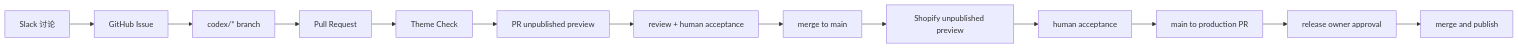
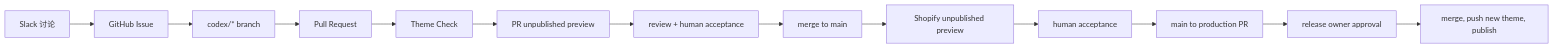
One commit to hitoami/yarn-commerce-platform changed the diagram in docs/harness/workflow.md. Above: the diagram before and after it, drawn with Mermaid. The commit also changed other lines of this file, not shown here.

````diff
--- a/docs/harness/workflow.md
+++ b/docs/harness/workflow.md
@@ -19,15 +19,15 @@
 ```mermaid
 flowchart LR
     Slack[Slack 讨论] --> Issue[GitHub Issue]
     Issue --> Branch[codex/* branch]
     Branch --> PR[Pull Request]
     PR --> CI[Theme Check]
     CI --> PRPreview[PR unpublished preview]
     PRPreview --> Review[review + human acceptance]
     Review --> Main[merge to main]
     Main --> Preview[Shopify unpublished preview]
     Preview --> QA[human acceptance]
     QA --> Release[main to production PR]
     Release --> Approval[release owner approval]
-    Approval --> Live[merge and publish]
+    Approval --> Live[merge, push new theme, publish]
 ```
````
